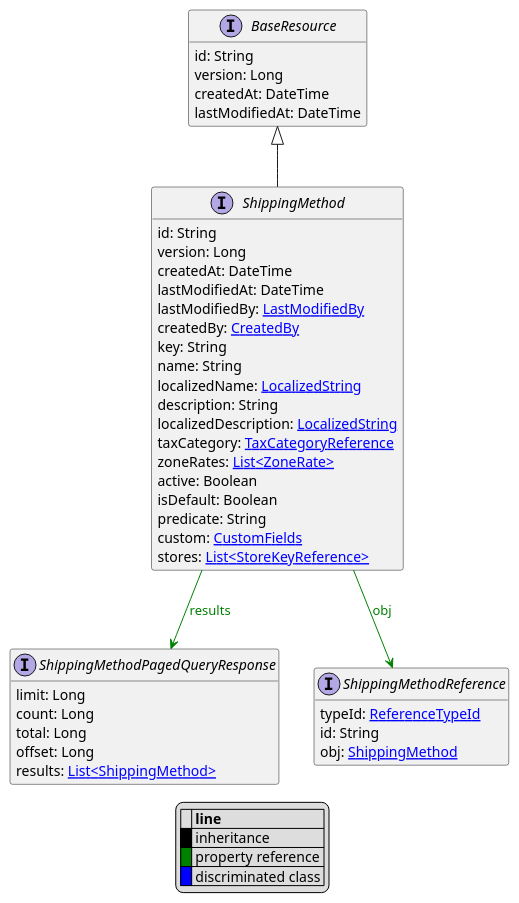
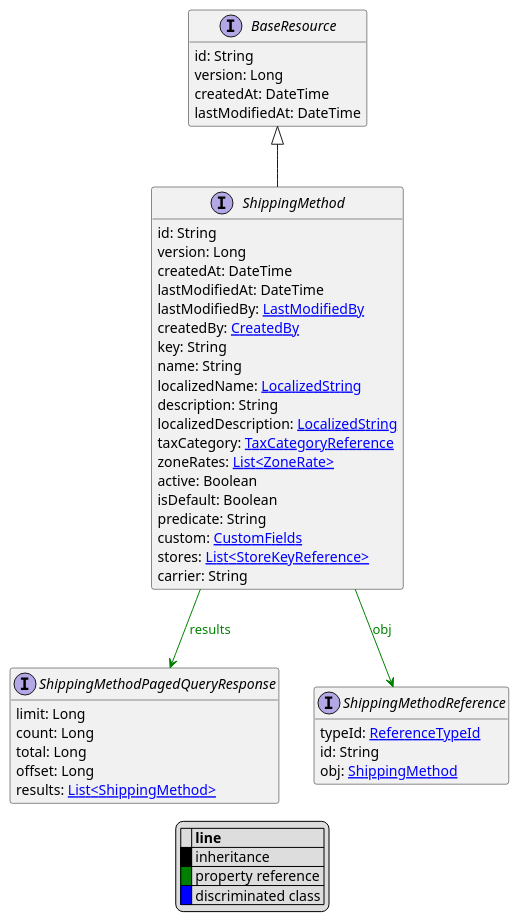
One commit to commercetools/commercetools-api-reference changed the diagram in uml/api/ShippingMethod.puml. Above: the diagram before and after it, drawn with PlantUML. The commit also changed 379 other files, not shown here.

```diff
--- a/uml/api/ShippingMethod.puml
+++ b/uml/api/ShippingMethod.puml
@@ -1,54 +1,55 @@
 @startuml
 
 hide empty fields
 hide empty methods
 legend
 |= |= line |
 |<back:black>   </back>| inheritance |
 |<back:green>   </back>| property reference |
 |<back:blue>   </back>| discriminated class |
 endlegend
 interface ShippingMethod [[ShippingMethod.svg]] extends BaseResource {
     id: String
     version: Long
     createdAt: DateTime
     lastModifiedAt: DateTime
     lastModifiedBy: [[LastModifiedBy.svg LastModifiedBy]]
     createdBy: [[CreatedBy.svg CreatedBy]]
     key: String
     name: String
     localizedName: [[LocalizedString.svg LocalizedString]]
     description: String
     localizedDescription: [[LocalizedString.svg LocalizedString]]
     taxCategory: [[TaxCategoryReference.svg TaxCategoryReference]]
     zoneRates: [[ZoneRate.svg List<ZoneRate>]]
     active: Boolean
     isDefault: Boolean
     predicate: String
     custom: [[CustomFields.svg CustomFields]]
     stores: [[StoreKeyReference.svg List<StoreKeyReference>]]
+    carrier: String
 }
 interface BaseResource [[BaseResource.svg]]  {
     id: String
     version: Long
     createdAt: DateTime
     lastModifiedAt: DateTime
 }
 
 
 interface ShippingMethodPagedQueryResponse [[ShippingMethodPagedQueryResponse.svg]]  {
     limit: Long
     count: Long
     total: Long
     offset: Long
     results: [[ShippingMethod.svg List<ShippingMethod>]]
 }
 interface ShippingMethodReference [[ShippingMethodReference.svg]]  {
     typeId: [[ReferenceTypeId.svg ReferenceTypeId]]
     id: String
     obj: [[ShippingMethod.svg ShippingMethod]]
 }
 
 ShippingMethod --> ShippingMethodPagedQueryResponse #green;text:green : "results"
 ShippingMethod --> ShippingMethodReference #green;text:green : "obj"
 @enduml
```
